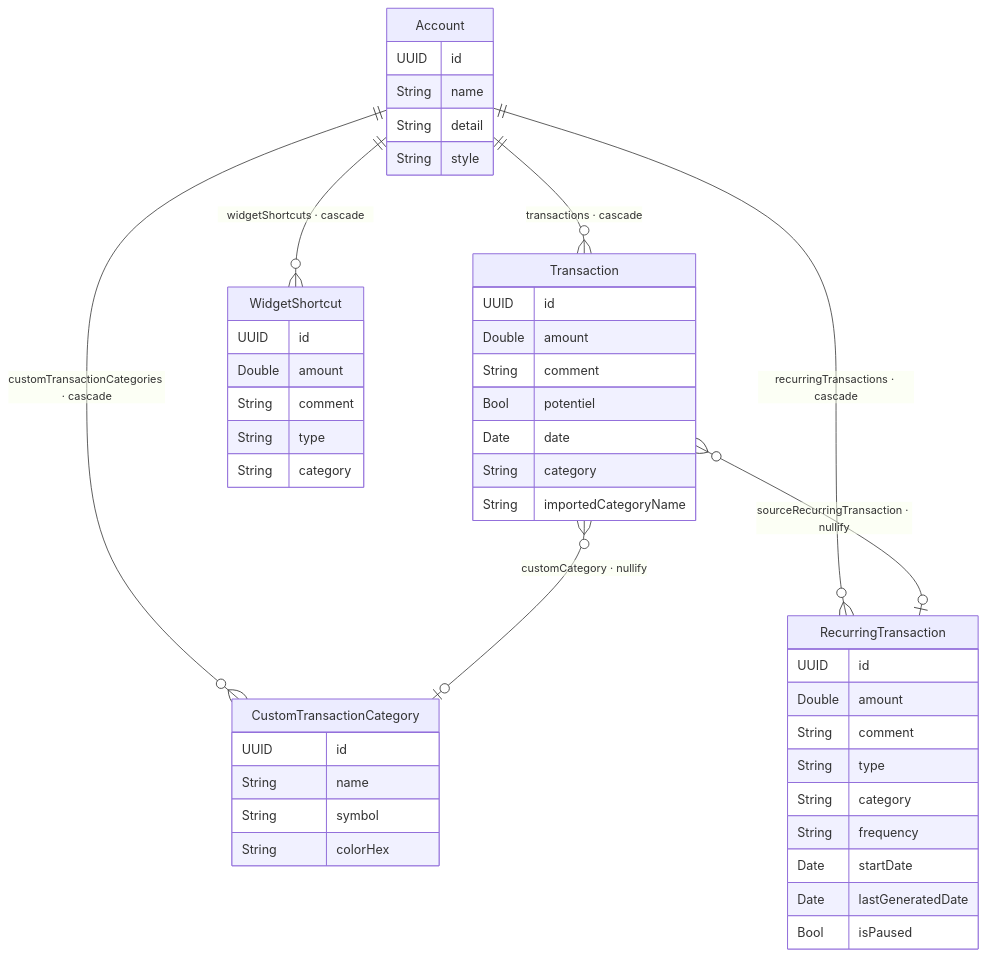
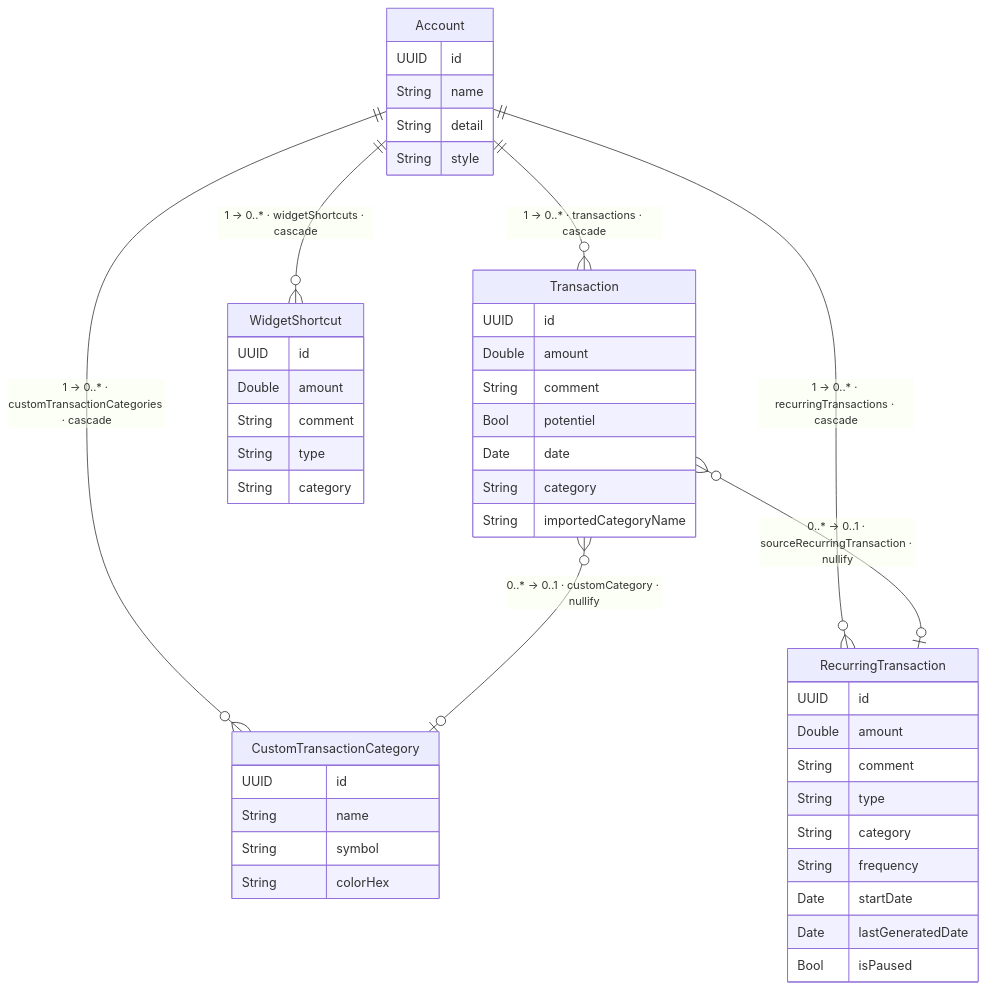
One commit to godefroy-reynaud/Finoria-iOS changed the diagram in DATA_MODEL.md. Above: the diagram before and after it, drawn with Mermaid. The commit also changed other lines of this file and 1 other file, not shown here.

Commit message:
docs: add PlantUML class diagram and numeric cardinalities in ER model

````diff
--- a/DATA_MODEL.md
+++ b/DATA_MODEL.md
@@ -7,55 +7,55 @@
 ```mermaid
 erDiagram
 
     Account {
         UUID    id
         String  name
         String  detail
         String  style
     }
 
     Transaction {
         UUID    id
         Double  amount
         String  comment
         Bool    potentiel
         Date    date
         String  category
         String  importedCategoryName
     }
 
     WidgetShortcut {
         UUID    id
         Double  amount
         String  comment
         String  type
         String  category
     }
 
     RecurringTransaction {
         UUID    id
         Double  amount
         String  comment
         String  type
         String  category
         String  frequency
         Date    startDate
         Date    lastGeneratedDate
         Bool    isPaused
     }
 
     CustomTransactionCategory {
         UUID    id
         String  name
         String  symbol
         String  colorHex
     }
 
-    Account ||--o{ Transaction            : "transactions · cascade"
-    Account ||--o{ WidgetShortcut         : "widgetShortcuts · cascade"
-    Account ||--o{ RecurringTransaction   : "recurringTransactions · cascade"
-    Account ||--o{ CustomTransactionCategory : "customTransactionCategories · cascade"
+    Account ||--o{ Transaction               : "1 → 0..* · transactions · cascade"
+    Account ||--o{ WidgetShortcut            : "1 → 0..* · widgetShortcuts · cascade"
+    Account ||--o{ RecurringTransaction      : "1 → 0..* · recurringTransactions · cascade"
+    Account ||--o{ CustomTransactionCategory : "1 → 0..* · customTransactionCategories · cascade"
 
-    Transaction }o--o| CustomTransactionCategory : "customCategory · nullify"
-    Transaction }o--o| RecurringTransaction       : "sourceRecurringTransaction · nullify"
+    Transaction }o--o| CustomTransactionCategory : "0..* → 0..1 · customCategory · nullify"
+    Transaction }o--o| RecurringTransaction      : "0..* → 0..1 · sourceRecurringTransaction · nullify"
 ```
````
